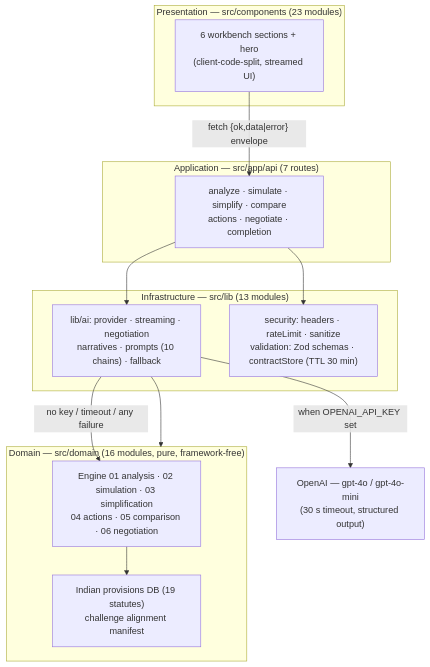
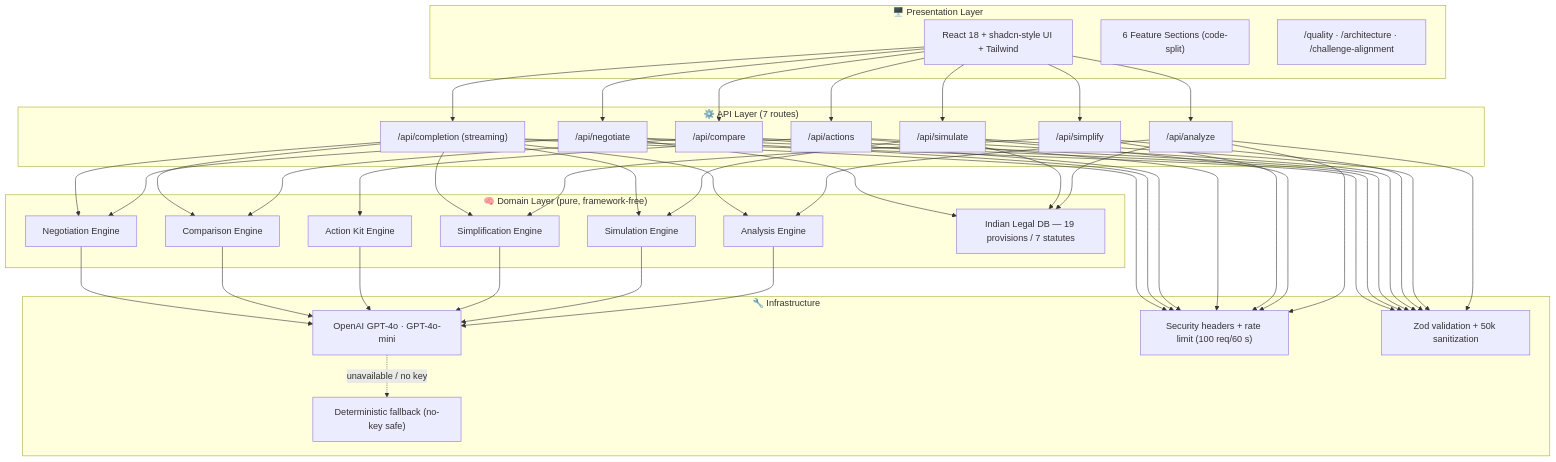
The first of 4 diagrams in README.md (vignesh06-OG/nyayalens-ai), drawn with Mermaid before and after one commit. The commit also changed other lines of this file and 9 other files, not shown here.

First line of the commit message:
docs: README overhaul — live screenshots, 4 Mermaid diagrams, quality dashboard

````diff
--- a/README.md
+++ b/README.md
@@ -39,26 +95,43 @@
 ```mermaid
-flowchart TD
-    subgraph P["Presentation — src/components (23 modules)"]
-        UI["6 workbench sections + hero<br/>(client-code-split, streamed UI)"]
+graph TB
+    subgraph Presentation["🖥️ Presentation Layer"]
+        UI["React 18 + shadcn-style UI + Tailwind"]
+        SECTIONS["6 Feature Sections (code-split)"]
+        EVIDENCE["/quality · /architecture · /challenge-alignment"]
     end
-    subgraph A["Application — src/app/api (7 routes)"]
-        API["analyze · simulate · simplify · compare<br/>actions · negotiate · completion"]
+    subgraph Application["⚙️ API Layer (7 routes)"]
+        A1["/api/analyze"]
+        A2["/api/simulate"]
+        A3["/api/simplify"]
+        A4["/api/actions"]
+        A5["/api/compare"]
+        A6["/api/negotiate"]
+        A7["/api/completion (streaming)"]
     end
-    subgraph I["Infrastructure — src/lib (13 modules)"]
-        AI["lib/ai: provider · streaming · negotiation<br/>narratives · prompts (10 chains) · fallback"]
-        SEC["security: headers · rateLimit · sanitize<br/>validation: Zod schemas · contractStore (TTL 30 min)"]
+    subgraph Domain["🧠 Domain Layer (pure, framework-free)"]
+        D1["Analysis Engine"]
+        D2["Simulation Engine"]
+        D3["Simplification Engine"]
+        D4["Action Kit Engine"]
+        D5["Comparison Engine"]
+        D6["Negotiation Engine"]
+        D7["Indian Legal DB — 19 provisions / 7 statutes"]
     end
-    subgraph D["Domain — src/domain (16 modules, pure, framework-free)"]
-        E["Engine 01 analysis · 02 simulation · 03 simplification<br/>04 actions · 05 comparison · 06 negotiation"]
-        L["Indian provisions DB (19 statutes)<br/>challenge alignment manifest"]
+    subgraph Infrastructure["🔧 Infrastructure"]
+        AI["OpenAI GPT-4o · GPT-4o-mini"]
+        SEC["Security headers + rate limit (100 req/60 s)"]
+        VAL["Zod validation + 50k sanitization"]
+        FB["Deterministic fallback (no-key safe)"]
     end
-    OAI["OpenAI — gpt-4o / gpt-4o-mini<br/>(30 s timeout, structured output)"]
-
-    UI -->|"fetch {ok,data|error} envelope"| API
-    API --> SEC
-    API --> AI
-    AI -->|"when OPENAI_API_KEY set"| OAI
-    AI -->|"no key / timeout / any failure"| E
-    AI --> D
-    E --> L
+    UI --> A1 & A2 & A3 & A4 & A5 & A6 & A7
+    A1 --> D1 & D7
+    A2 --> D2 & D7
+    A3 --> D3
+    A4 --> D4
+    A5 --> D5
+    A6 --> D6 & D7
+    A7 --> D1 & D2 & D3 & D5 & D6
+    D1 & D2 & D3 & D4 & D5 & D6 --> AI
+    A1 & A2 & A3 & A4 & A5 & A6 & A7 --> SEC & VAL
+    AI -.->|"unavailable / no key"| FB
 ```
````
